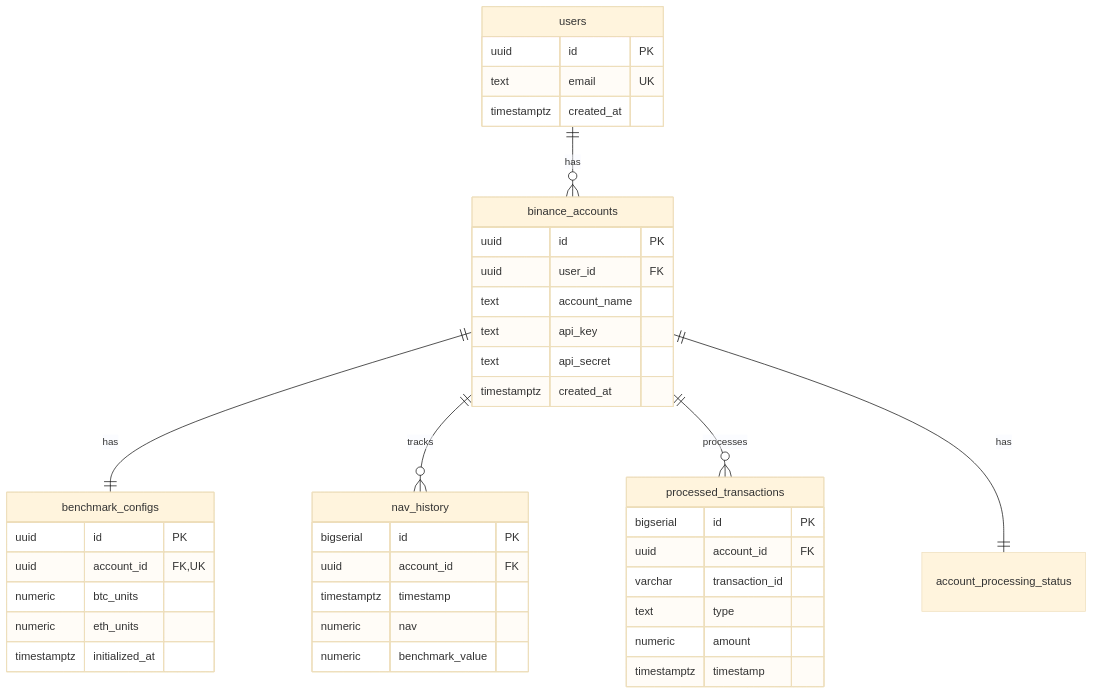
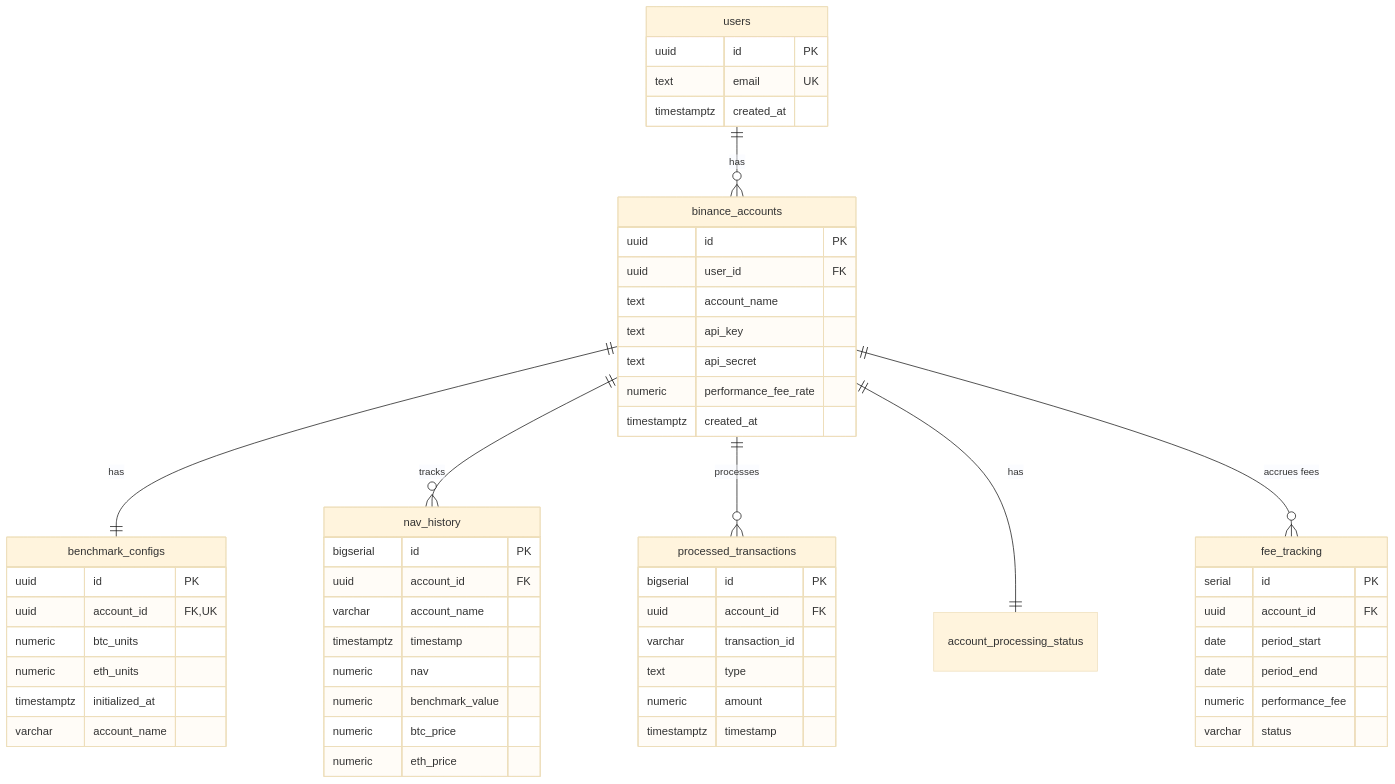
The diagram in docs/DATABASE_SCHEMA.md (frla18cz/binance-portfolio-monitor), drawn with Mermaid (base theme) before and after one commit. The commit also changed other lines of this file and 1 other file, not shown here.

First line of the commit message:
docs: comprehensive DATABASE_SCHEMA.md update with alpha & fee components

````diff
--- a/docs/DATABASE_SCHEMA.md
+++ b/docs/DATABASE_SCHEMA.md
@@ -172,48 +343,63 @@
 ```mermaid
 erDiagram
     users ||--o{ binance_accounts : "has"
     binance_accounts ||--|| benchmark_configs : "has"
     binance_accounts ||--o{ nav_history : "tracks"
     binance_accounts ||--o{ processed_transactions : "processes"
     binance_accounts ||--|| account_processing_status : "has"
+    binance_accounts ||--o{ fee_tracking : "accrues fees"
     
     users {
         uuid id PK
         text email UK
         timestamptz created_at
     }
     
     binance_accounts {
         uuid id PK
         uuid user_id FK
         text account_name
         text api_key
         text api_secret
+        numeric performance_fee_rate
         timestamptz created_at
     }
     
     benchmark_configs {
         uuid id PK
         uuid account_id FK,UK
         numeric btc_units
         numeric eth_units
         timestamptz initialized_at
+        varchar account_name
     }
     
     nav_history {
         bigserial id PK
         uuid account_id FK
+        varchar account_name
         timestamptz timestamp
         numeric nav
         numeric benchmark_value
+        numeric btc_price
+        numeric eth_price
     }
     
     processed_transactions {
         bigserial id PK
         uuid account_id FK
         varchar transaction_id
         text type
         numeric amount
         timestamptz timestamp
     }
+    
+    fee_tracking {
+        serial id PK
+        uuid account_id FK
+        date period_start
+        date period_end
+        numeric performance_fee
+        varchar status
+    }
 ```
````
